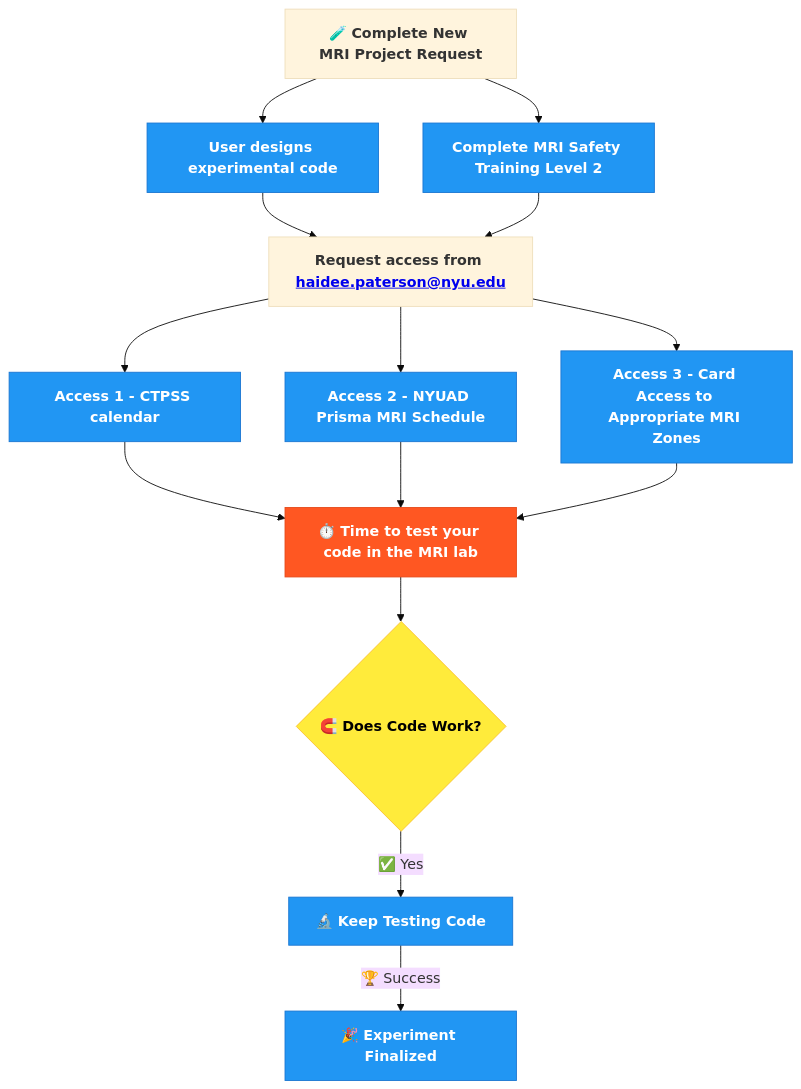
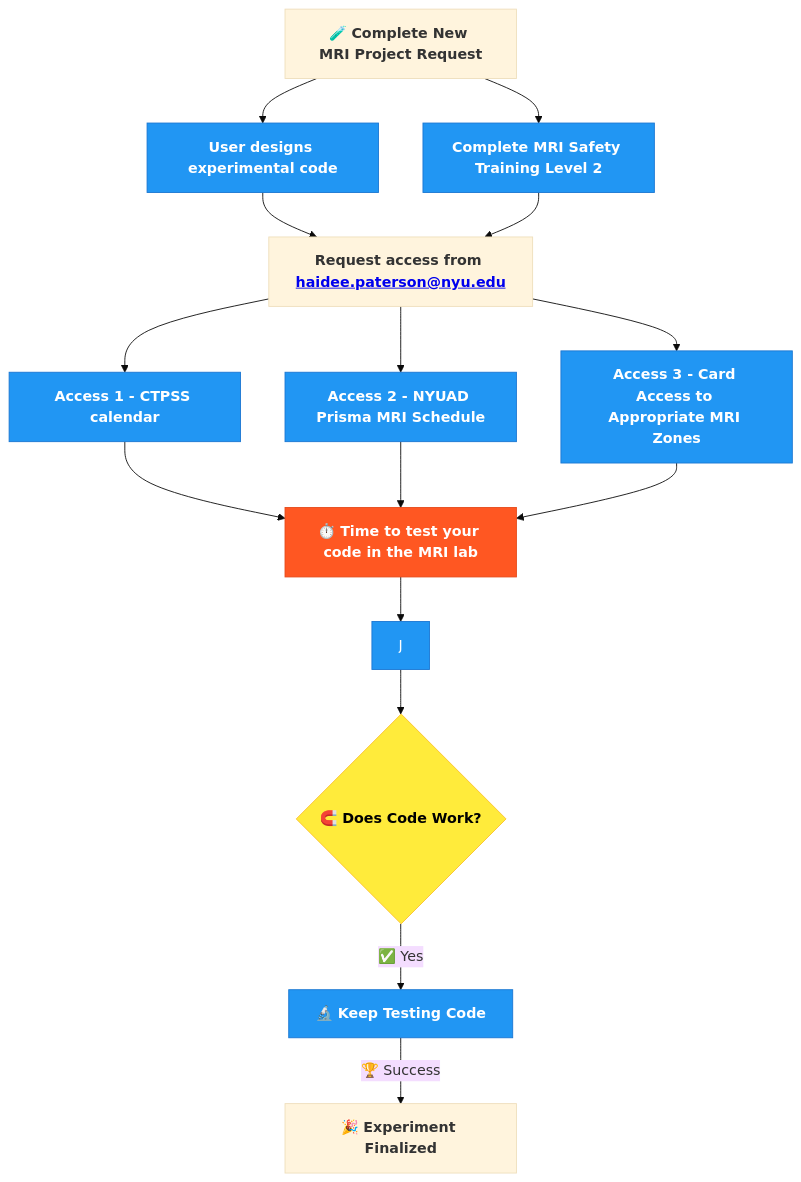
The diagram in docs/source/1-lab_overview/3-process_diagram.rst (BioMedicalImaging-Core-NYUAD/brainimaging-lab-documentation), drawn with Mermaid (base theme) before and after one commit.

Commit message:
added link

```diff
--- a/docs/source/1-lab_overview/3-process_diagram.rst
+++ b/docs/source/1-lab_overview/3-process_diagram.rst
@@ -5,33 +5,34 @@
 .. mermaid::
 
   graph TD;
     B[🧪 <b>Complete New MRI Project Request</b>];
     B --> C[<b>User designs experimental code</b>];
     B --> D[<b>Complete MRI Safety Training Level 2</b>];
     C --> E[<b>Request access from <a href="mailto:haidee.paterson@nyu.edu">haidee.paterson@nyu.edu</a></b>];
     D --> E;
     E --> F[<b>Access 1 - CTPSS calendar</b>];
     E --> G[<b>Access 2 - NYUAD Prisma MRI Schedule</b>];
     E --> H[<b>Access 3 - Card Access to Appropriate MRI Zones</b>];
     F --> I[⏱️ <b>Time to test your code in the MRI lab</b>];
     G --> I;
     H --> I;
-    I --> J{🧲️ <b>Does Code Work?</b>};
-    J --✅ Yes --> K[🔬 <b>Keep Testing Code</b>];
-    K -->|🏆 Success| L[🎉 <b>Experiment Finalized</b>];
+    I --> J
+    J --> K{🧲️ <b>Does Code Work?</b>};
+    K --✅ Yes --> L[🔬 <b>Keep Testing Code</b>];
+    L -->|🏆 Success| M[🎉 <b>Experiment Finalized</b>];
 
     %% Clickable Nodes
     click B "https://drive.google.com/file/d/10Py1KSAsktpCjU6c3lLuWLqVL2a5ofee/view?usp=drive_link"
     click D "https://app.imagingu.com/courses/personnel-group-ii-yearly"
     click E "mailto:haidee.paterson@nyu.edu" "Email haidee.paterson@nyu.edu"
     click F "https://corelabs.abudhabi.nyu.edu/"
 
     %% Style Definitions
     classDef success fill:#4CAF50,stroke:#2E7D32,color:#fff;
     classDef decision fill:#FFEB3B,stroke:#FBC02D,color:#000;
     classDef process fill:#2196F3,stroke:#1976D2,color:#fff;
     classDef warning fill:#FF5722,stroke:#E64A19,color:#fff;
 
-    class C,D,F,G,H,K,L process;
+    class C,D,F,G,H,J,L process;
     class I warning;
-    class J decision;
+    class K decision;
```
